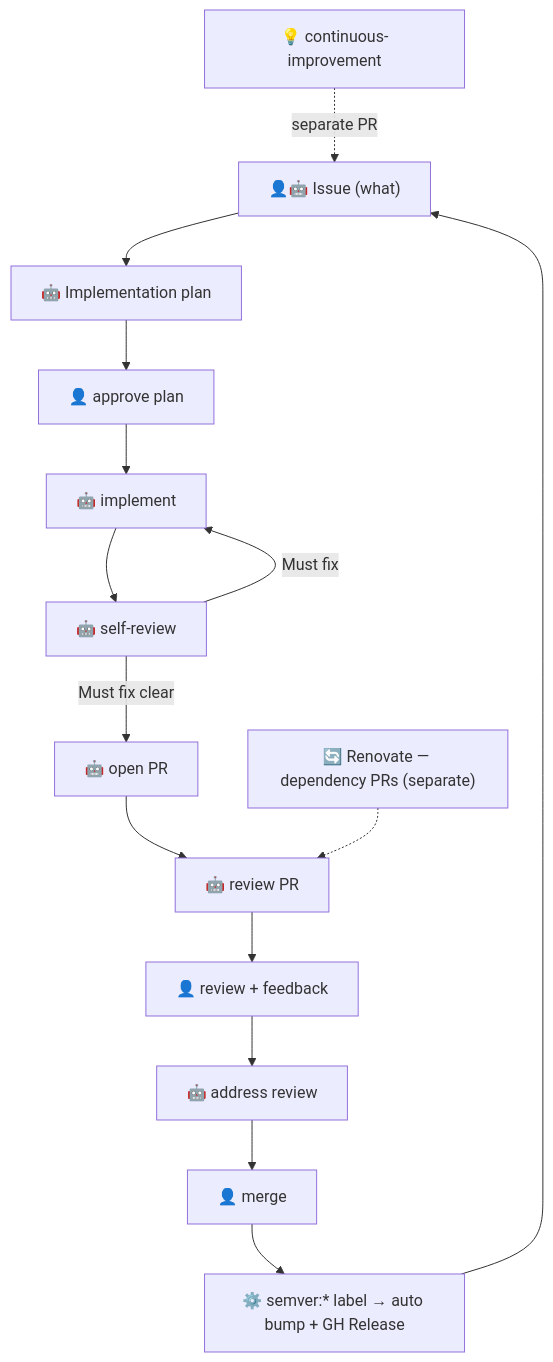
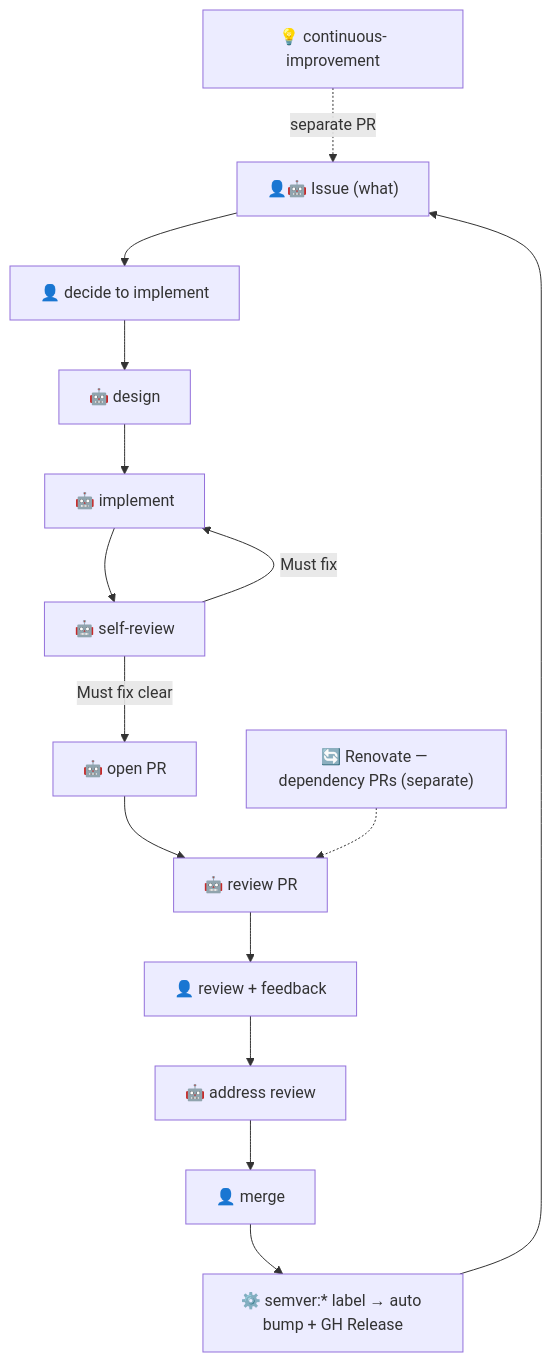
Before and after one commit to syakoo/syakoo-lab: the diagram in .claude/rules/ai-workflow.md, drawn with Mermaid. The commit also changed other lines of this file and 4 other files, not shown here.

First line of the commit message:
docs: drop plan-approval step; AI owns the design

````diff
--- a/.claude/rules/ai-workflow.md
+++ b/.claude/rules/ai-workflow.md
@@ -17,17 +17,17 @@
 ```mermaid
 flowchart TD
-  A["👤🤖 Issue (what)"] --> B["🤖 Implementation plan"]
-  B --> C["👤 approve plan"]
-  C --> D["🤖 implement"]
+  A["👤🤖 Issue (what)"] --> C["👤 decide to implement"]
+  C --> B["🤖 design"]
+  B --> D["🤖 implement"]
   D --> S["🤖 self-review"]
   S -->|"Must fix"| D
   S -->|"Must fix clear"| P["🤖 open PR"]
   P --> E["🤖 review PR"]
   E --> F["👤 review + feedback"]
   F --> G["🤖 address review"]
   G --> H["👤 merge"]
   H --> J["⚙️ semver:* label → auto bump + GH Release"]
   J --> A
   L["💡 continuous-improvement"] -.separate PR.-> A
   R["🔄 Renovate — dependency PRs (separate)"] -.-> E
 ```
````
